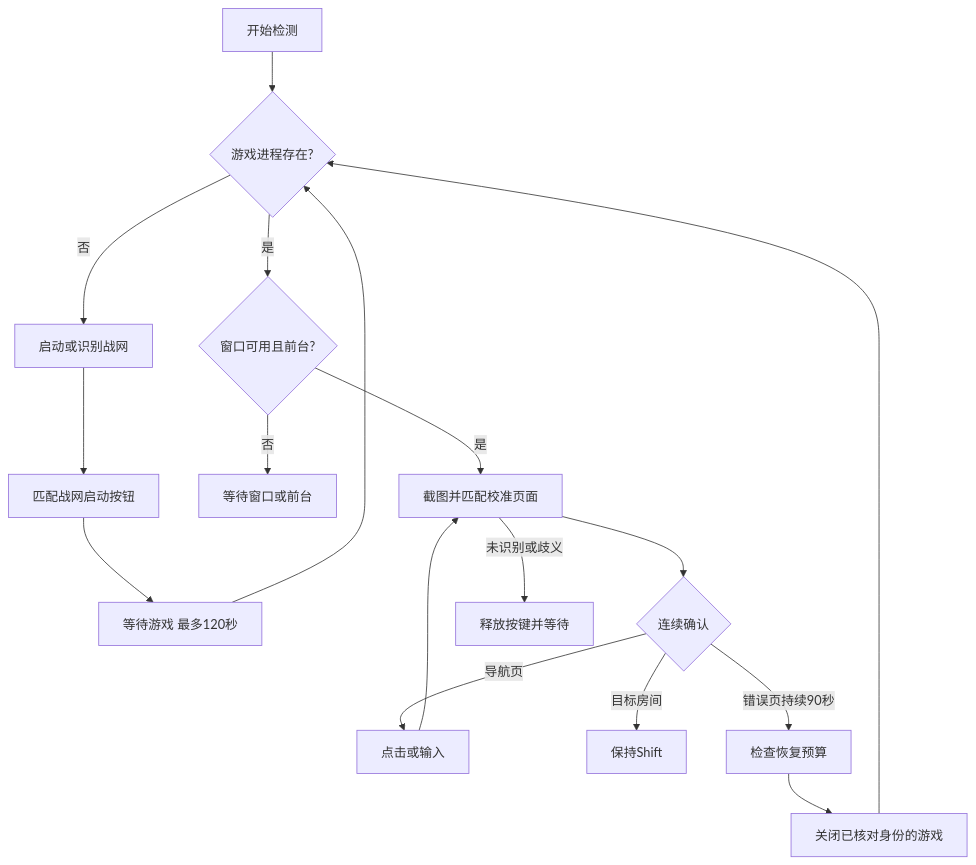
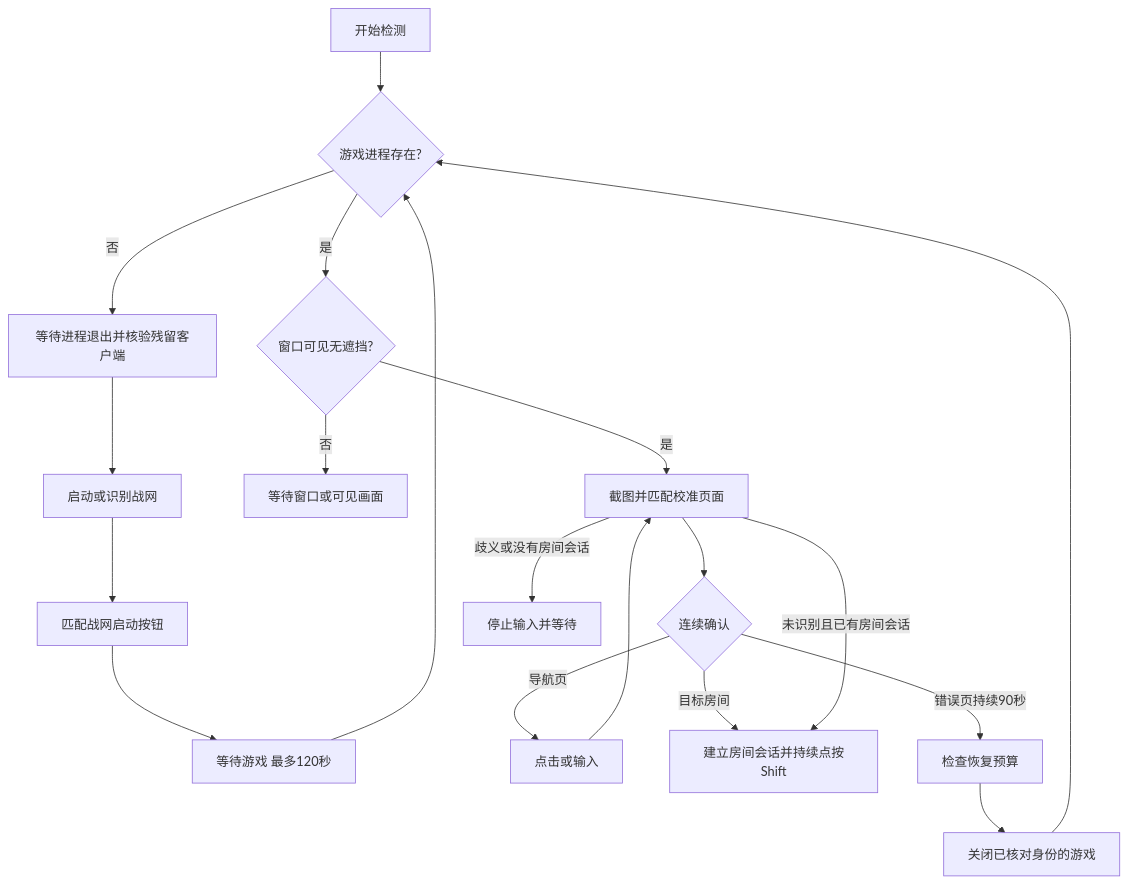
Before and after one commit to Shawn-Bing/owh-pocket-lantern: the diagram in docs/ARCHITECTURE.md, drawn with Mermaid. The commit also changed other lines of this file and 36 other files, not shown here.

````diff
--- a/docs/ARCHITECTURE.md
+++ b/docs/ARCHITECTURE.md
@@ -19,19 +27,21 @@
 ```mermaid
 flowchart TD
     A[开始检测] --> B{游戏进程存在?}
-    B -- 否 --> C[启动或识别战网]
+    B -- 否 --> P[等待进程退出并核验残留客户端]
+    P --> C[启动或识别战网]
     C --> D[匹配战网启动按钮]
     D --> E[等待游戏 最多120秒]
     E --> B
-    B -- 是 --> F{窗口可用且前台?}
-    F -- 否 --> G[等待窗口或前台]
+    B -- 是 --> F{窗口可见无遮挡?}
+    F -- 否 --> G[等待窗口或可见画面]
     F -- 是 --> H[截图并匹配校准页面]
     H --> I{连续确认}
     I -- 导航页 --> J[点击或输入]
     J --> H
-    I -- 目标房间 --> K[保持Shift]
+    I -- 目标房间 --> K[建立房间会话并持续点按Shift]
     I -- 错误页持续90秒 --> L[检查恢复预算]
     L --> M[关闭已核对身份的游戏]
     M --> B
-    H -- 未识别或歧义 --> N[释放按键并等待]
+    H -- 未识别且已有房间会话 --> K
+    H -- 歧义或没有房间会话 --> N[停止输入并等待]
 ```
````
